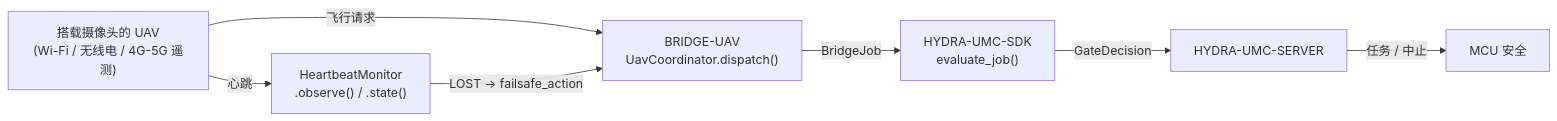
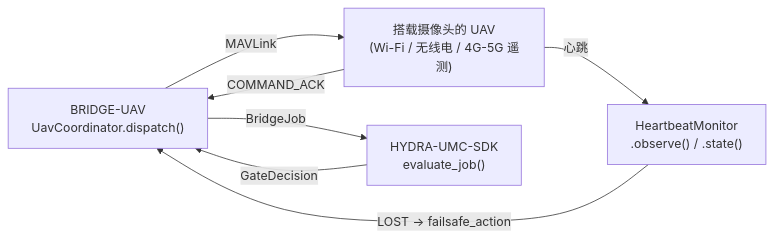
Before and after one commit to JuanenRac/HYDRA-UMC-BRIDGE-UAV: the diagram in README_zho.md, drawn with Mermaid. The commit also changed other lines of this file and 23 other files, not shown here.

Commit message:
Explicit altitude frame and COMMAND_INT for waypoints, flight envelope, safe-state requests that always get through, DISARM and ACK matching (0.1.1)

````diff
--- a/README_zho.md
+++ b/README_zho.md
@@ -50,9 +51,9 @@
 ```mermaid
 flowchart LR
-    UAV["搭载摄像头的 UAV<br/>(Wi-Fi / 无线电 / 4G-5G 遥测)"] -- "飞行请求" --> BRIDGE["BRIDGE-UAV<br/>UavCoordinator.dispatch()"]
+    BRIDGE["BRIDGE-UAV<br/>UavCoordinator.dispatch()"] -- "MAVLink" --> UAV["搭载摄像头的 UAV<br/>(Wi-Fi / 无线电 / 4G-5G 遥测)"]
+    UAV -- "COMMAND_ACK" --> BRIDGE
     UAV -- "心跳" --> HB["HeartbeatMonitor<br/>.observe() / .state()"]
     HB -- "LOST -> failsafe_action" --> BRIDGE
     BRIDGE -- BridgeJob --> SDK["HYDRA-UMC-SDK<br/>evaluate_job()"]
-    SDK -- GateDecision --> SERVER["HYDRA-UMC-SERVER"]
-    SERVER -- "任务 / 中止" --> MCU["MCU 安全"]
+    SDK -- GateDecision --> BRIDGE
 ```
````
